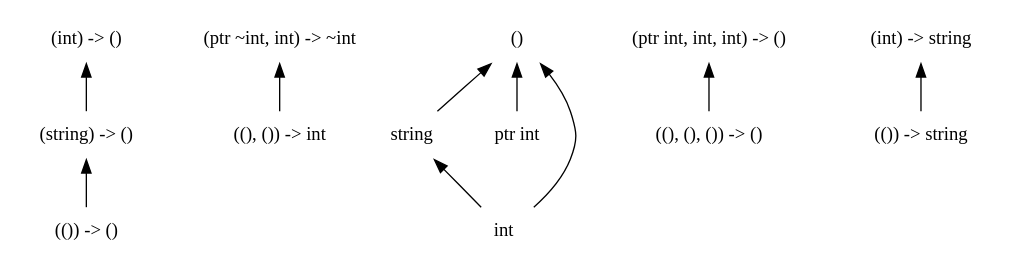
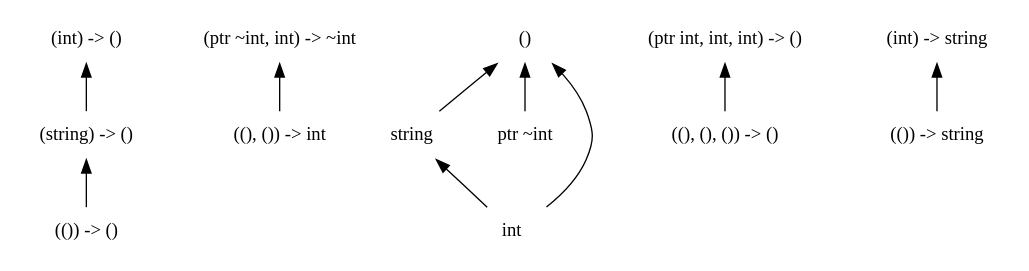
One commit to chocobo333/regino changed the diagram in dots/3.dot. Above: the diagram before and after it, drawn with Graphviz. The commit also changed 29 other files, not shown here.

```diff
--- a/dots/3.dot
+++ b/dots/3.dot
@@ -1,33 +1,33 @@
 digraph order {
   graph [
     size = "30,10"
     ];
   node [
     shape = none
     ];
   edge [
     dir = back
     ];
   "(string) -> ()"
   "(()) -> ()"
   "(ptr ~int, int) -> ~int"
   "string"
   "(ptr int, int, int) -> ()"
   "((), ()) -> int"
   "()"
-  "ptr int"
+  "ptr ~int"
   "((), (), ()) -> ()"
   "(()) -> string"
   "(int) -> ()"
   "(int) -> string"
   "int"
   "(string) -> ()" -> "(()) -> ()"
   "(ptr ~int, int) -> ~int" -> "((), ()) -> int"
   "string" -> "int"
   "(int) -> ()" -> "(string) -> ()"
   "(int) -> string" -> "(()) -> string"
   "(ptr int, int, int) -> ()" -> "((), (), ()) -> ()"
   "()" -> "string"
   "()" -> "int"
-  "()" -> "ptr int"
+  "()" -> "ptr ~int"
 }
```
